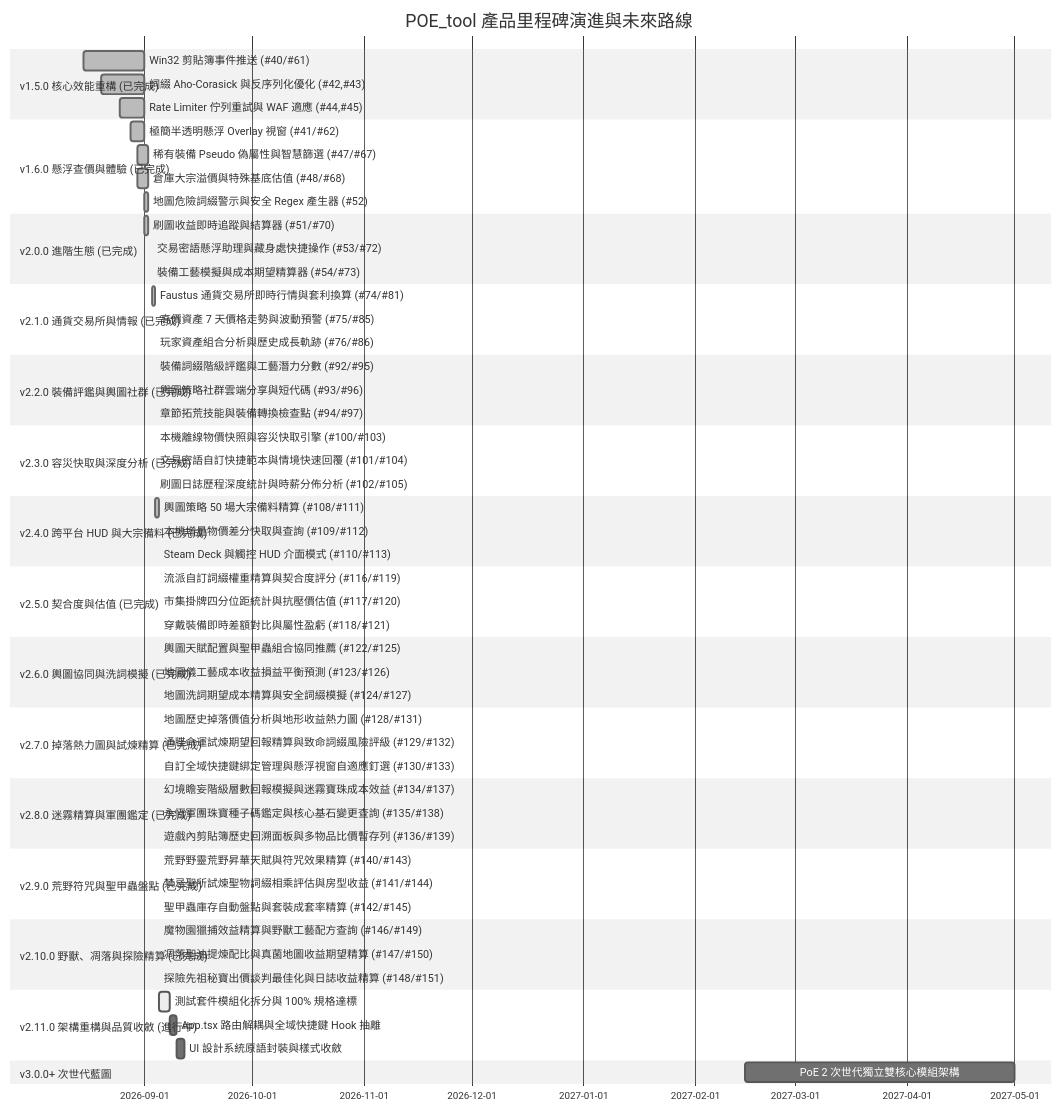
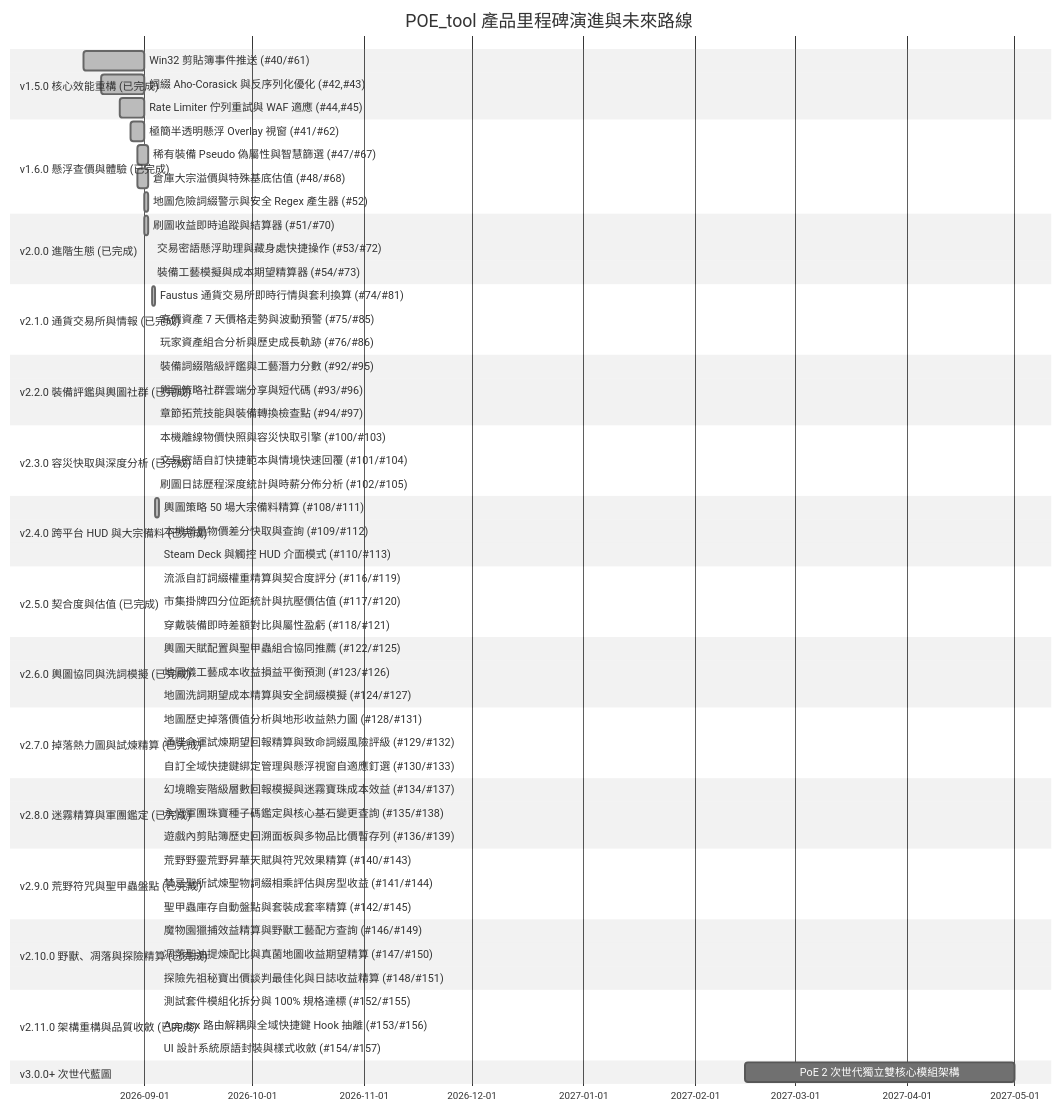
The diagram in ROADMAP.md (saijo0404/POE-tool), drawn with Mermaid (neutral theme) before and after one commit. The commit also changed other lines of this file and 5 other files, not shown here.

````diff
--- a/ROADMAP.md
+++ b/ROADMAP.md
@@ -65,64 +65,64 @@
 ```mermaid
 gantt
     title POE_tool 產品里程碑演進與未來路線
     dateFormat  YYYY-MM-DD
     section v1.5.0 核心效能重構 (已完成)
     Win32 剪貼簿事件推送 (#40/#61)           :done,    m1_1, 2026-08-15, 2026-09-01
     詞綴 Aho-Corasick 與反序列化優化 (#42,#43) :done,    m1_2, 2026-08-20, 2026-09-01
     Rate Limiter 佇列重試與 WAF 適應 (#44,#45)  :done,    m1_3, 2026-08-25, 2026-09-01
     section v1.6.0 懸浮查價與體驗 (已完成)
     極簡半透明懸浮 Overlay 視窗 (#41/#62)     :done,    m2_1, 2026-08-28, 2026-09-01
     稀有裝備 Pseudo 偽屬性與智慧篩選 (#47/#67) :done,    m2_2, 2026-08-30, 2026-09-02
     倉庫大宗溢價與特殊基底估值 (#48/#68)      :done,    m2_3, 2026-08-30, 2026-09-02
     地圖危險詞綴警示與安全 Regex 產生器 (#52)  :done,    m2_4, 2026-09-01, 2026-09-02
     section v2.0.0 進階生態 (已完成)
     刷圖收益即時追蹤與結算器 (#51/#70)        :done,    m3_1, 2026-09-01, 2026-09-02
     交易密語懸浮助理與藏身處快捷操作 (#53/#72) :done,    m3_2, 2026-09-03, 2026-09-03
     裝備工藝模擬與成本期望精算器 (#54/#73)     :done,    m3_3, 2026-09-03, 2026-09-03
     section v2.1.0 通貨交易所與情報 (已完成)
     Faustus 通貨交易所即時行情與套利換算 (#74/#81) :done,    m4_1, 2026-09-03, 2026-09-04
     高價資產 7 天價格走勢與波動預警 (#75/#85)     :done,    m4_2, 2026-09-04, 2026-09-04
     玩家資產組合分析與歷史成長軌跡 (#76/#86)       :done,    m4_3, 2026-09-04, 2026-09-04
     section v2.2.0 裝備評鑑與輿圖社群 (已完成)
     裝備詞綴階級評鑑與工藝潛力分數 (#92/#95)     :done,    m5_1, 2026-09-04, 2026-09-04
     輿圖策略社群雲端分享與短代碼 (#93/#96)       :done,    m5_2, 2026-09-04, 2026-09-04
     章節拓荒技能與裝備轉換檢查點 (#94/#97)       :done,    m5_3, 2026-09-04, 2026-09-04
     section v2.3.0 容災快取與深度分析 (已完成)
     本機離線物價快照與容災快取引擎 (#100/#103)    :done,    m6_1, 2026-09-04, 2026-09-04
     交易密語自訂快捷範本與情境快速回覆 (#101/#104) :done,    m6_2, 2026-09-04, 2026-09-04
     刷圖日誌歷程深度統計與時薪分佈分析 (#102/#105) :done,    m6_3, 2026-09-04, 2026-09-04
     section v2.4.0 跨平台 HUD 與大宗備料 (已完成)
     輿圖策略 50 場大宗備料精算 (#108/#111)       :done,    m7_1, 2026-09-04, 2026-09-05
     本機增量物價差分快取與查詢 (#109/#112)       :done,    m7_2, 2026-09-05, 2026-09-05
     Steam Deck 與觸控 HUD 介面模式 (#110/#113)  :done,    m7_3, 2026-09-05, 2026-09-05
     section v2.5.0 契合度與估值 (已完成)
     流派自訂詞綴權重精算與契合度評分 (#116/#119)  :done,    m8_1, 2026-09-05, 2026-09-05
     市集掛牌四分位距統計與抗壓價估值 (#117/#120)  :done,    m8_2, 2026-09-05, 2026-09-05
     穿戴裝備即時差額對比與屬性盈虧 (#118/#121)    :done,    m8_3, 2026-09-05, 2026-09-05
     section v2.6.0 輿圖協同與洗詞模擬 (已完成)
     輿圖天賦配置與聖甲蟲組合協同推薦 (#122/#125)    :done,    m9_1, 2026-09-05, 2026-09-05
     地圖儀工藝成本收益損益平衡預測 (#123/#126)    :done,    m9_2, 2026-09-05, 2026-09-05
     地圖洗詞期望成本精算與安全詞綴模擬 (#124/#127)  :done,    m9_3, 2026-09-05, 2026-09-05
     section v2.7.0 掉落熱力圖與試煉精算 (已完成)
     地圖歷史掉落價值分析與地形收益熱力圖 (#128/#131)      :done,    m10_1, 2026-09-05, 2026-09-05
     通牒命運試煉期望回報精算與致命詞綴風險評級 (#129/#132) :done,    m10_2, 2026-09-05, 2026-09-05
     自訂全域快捷鍵綁定管理與懸浮視窗自適應釘選 (#130/#133) :done,    m10_3, 2026-09-05, 2026-09-05
     section v2.8.0 迷霧精算與軍團鑑定 (已完成)
     幻境瞻妄階級層數回報模擬與迷霧寶珠成本效益 (#134/#137) :done,    m11_1, 2026-09-05, 2026-09-05
     永恆軍團珠寶種子碼鑑定與核心基石變更查詢 (#135/#138)   :done,    m11_2, 2026-09-05, 2026-09-05
     遊戲內剪貼簿歷史回溯面板與多物品比價暫存列 (#136/#139) :done,    m11_3, 2026-09-05, 2026-09-05
     section v2.9.0 荒野符咒與聖甲蟲盤點 (已完成)
     荒野野靈荒野昇華天賦與符咒效果精算 (#140/#143)       :done,    m12_1, 2026-09-05, 2026-09-05
     禁忌聖所試煉聖物詞綴相乘評估與房型收益 (#141/#144)   :done,    m12_2, 2026-09-05, 2026-09-05
     聖甲蟲庫存自動盤點與套裝成套率精算 (#142/#145)       :done,    m12_3, 2026-09-05, 2026-09-05
     section v2.10.0 野獸、凋落與探險精算 (已完成)
     魔物園獵捕效益精算與野獸工藝配方查詢 (#146/#149)       :done,    m13_1, 2026-09-05, 2026-09-05
     凋落聖油提煉配比與真菌地圖收益期望精算 (#147/#150)   :done,    m13_2, 2026-09-05, 2026-09-05
     探險先祖秘寶出價談判最佳化與日誌收益精算 (#148/#151) :done,    m13_3, 2026-09-05, 2026-09-05
-    section v2.11.0 架構重構與品質收斂 (進行中)
-    測試套件模組化拆分與 100% 規格達標     :active,  m14_1, 2026-09-05, 2026-09-08
-    App.tsx 路由解耦與全域快捷鍵 Hook 抽離   :         m14_2, 2026-09-08, 2026-09-10
-    UI 設計系統原語封裝與樣式收斂           :         m14_3, 2026-09-10, 2026-09-12
+    section v2.11.0 架構重構與品質收斂 (已完成)
+    測試套件模組化拆分與 100% 規格達標 (#152/#155)   :done,    m14_1, 2026-09-05, 2026-09-05
+    App.tsx 路由解耦與全域快捷鍵 Hook 抽離 (#153/#156) :done,    m14_2, 2026-09-05, 2026-09-05
+    UI 設計系統原語封裝與樣式收斂 (#154/#157)         :done,    m14_3, 2026-09-05, 2026-09-05
     section v3.0.0+ 次世代藍圖
     PoE 2 次世代獨立雙核心模組架構           :         m15_1, 2027-02-15, 2027-05-01
 ```
````
